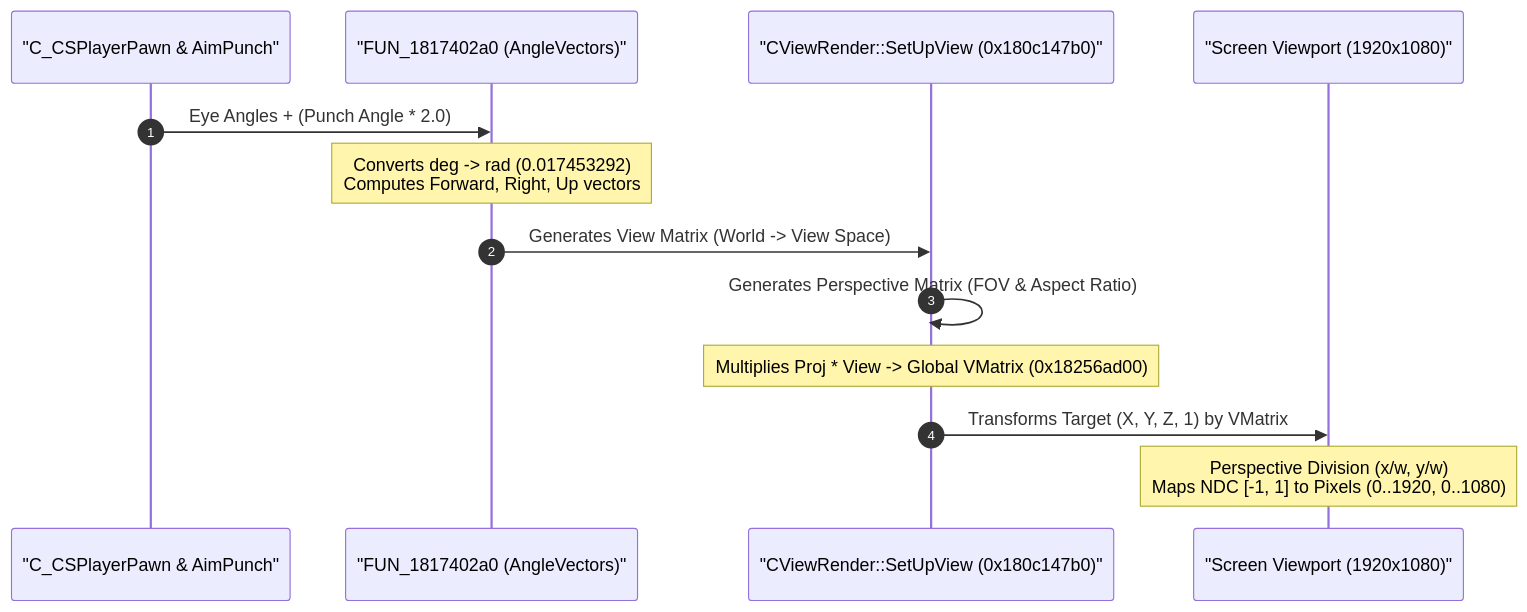
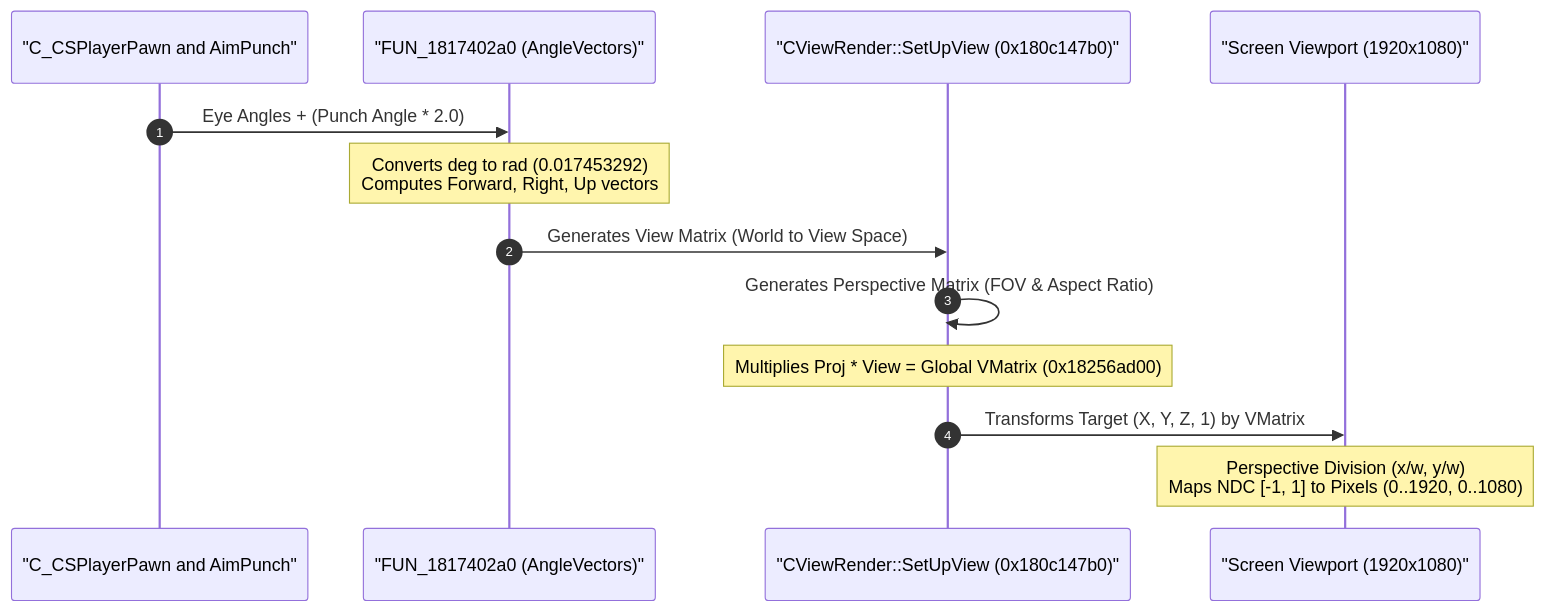
The second of 2 diagrams in docs/07_camera_and_view_matrix_pipeline.md (Hanzkii/cs2-reverse), drawn with Mermaid before and after one commit. The commit also changed 6 other files, not shown here.

Commit message:
fix(mermaid): remove arrow tokens (->) and ampersands from sequence diagram labels and bump cache buster to v=20261119_10

````diff
--- a/docs/07_camera_and_view_matrix_pipeline.md
+++ b/docs/07_camera_and_view_matrix_pipeline.md
@@ -66,16 +66,16 @@
 ```mermaid
 sequenceDiagram
     autonumber
-    participant Pawn as "C_CSPlayerPawn & AimPunch"
+    participant Pawn as "C_CSPlayerPawn and AimPunch"
     participant AngleMath as "FUN_1817402a0 (AngleVectors)"
     participant ViewSetup as "CViewRender::SetUpView (0x180c147b0)"
     participant Viewport as "Screen Viewport (1920x1080)"
 
     Pawn->>AngleMath: Eye Angles + (Punch Angle * 2.0)
-    Note over AngleMath: Converts deg -> rad (0.017453292)<br/>Computes Forward, Right, Up vectors
-    AngleMath->>ViewSetup: Generates View Matrix (World -> View Space)
+    Note over AngleMath: Converts deg to rad (0.017453292)<br/>Computes Forward, Right, Up vectors
+    AngleMath->>ViewSetup: Generates View Matrix (World to View Space)
     ViewSetup->>ViewSetup: Generates Perspective Matrix (FOV & Aspect Ratio)
-    Note over ViewSetup: Multiplies Proj * View -> Global VMatrix (0x18256ad00)
+    Note over ViewSetup: Multiplies Proj * View = Global VMatrix (0x18256ad00)
     ViewSetup->>Viewport: Transforms Target (X, Y, Z, 1) by VMatrix
     Note over Viewport: Perspective Division (x/w, y/w)<br/>Maps NDC [-1, 1] to Pixels (0..1920, 0..1080)
 ```
````
